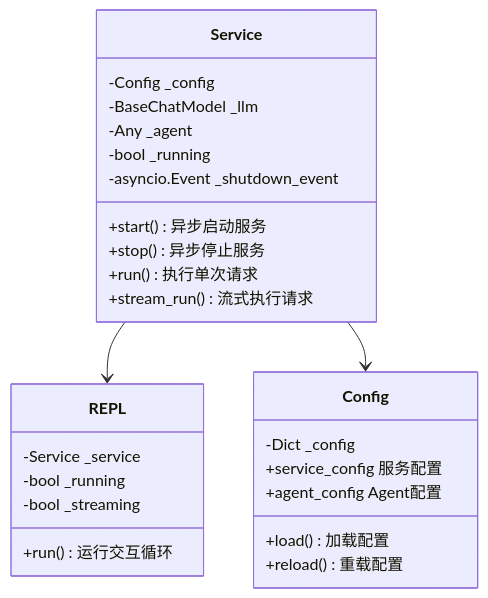
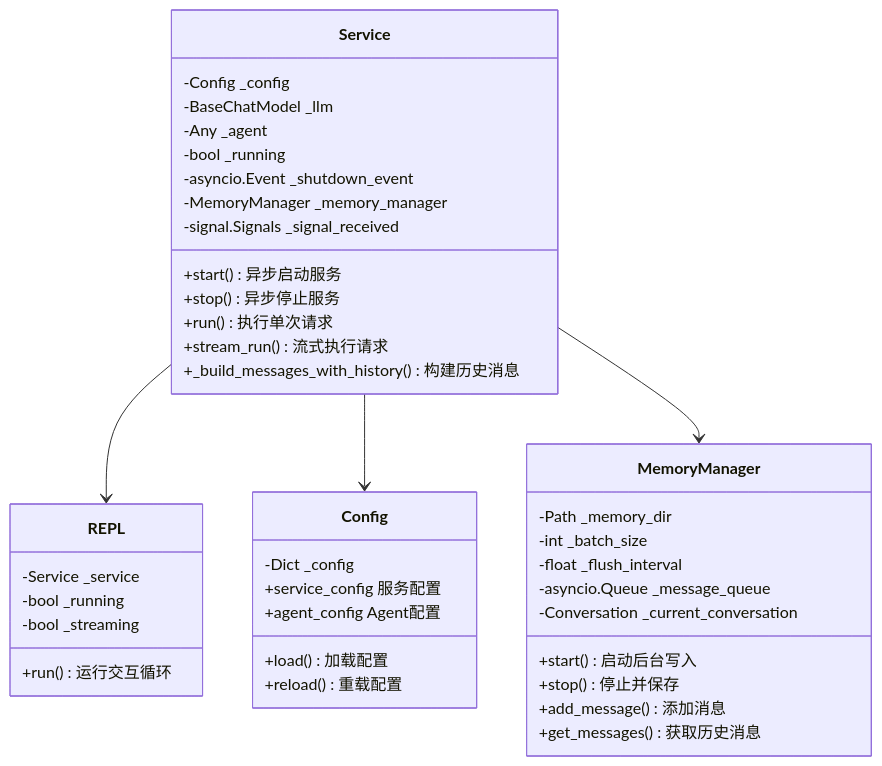
The second of 14 diagrams in docs/architecture.md (leizhuang1332/minerbot), drawn with Mermaid before and after one commit. The commit also changed other lines of this file and 4 other files, not shown here.

````diff
--- a/docs/architecture.md
+++ b/docs/architecture.md
@@ -115,32 +119,48 @@
 ```mermaid
 classDiagram
     class Service {
         -Config _config
         -BaseChatModel _llm
         -Any _agent
         -bool _running
         -asyncio.Event _shutdown_event
+        -MemoryManager _memory_manager
+        -signal.Signals _signal_received
         +start() 异步启动服务
         +stop() 异步停止服务
         +run() 执行单次请求
         +stream_run() 流式执行请求
+        +_build_messages_with_history() 构建历史消息
     }
 
     class REPL {
         -Service _service
         -bool _running
         -bool _streaming
         +run() 运行交互循环
     }
 
     class Config {
         -Dict _config
         +service_config 服务配置
         +agent_config Agent配置
         +load() 加载配置
         +reload() 重载配置
     }
 
+    class MemoryManager {
+        -Path _memory_dir
+        -int _batch_size
+        -float _flush_interval
+        -asyncio.Queue _message_queue
+        -Conversation _current_conversation
+        +start() 启动后台写入
+        +stop() 停止并保存
+        +add_message() 添加消息
+        +get_messages() 获取历史消息
+    }
+
     Service --> REPL
     Service --> Config
+    Service --> MemoryManager
 ```
````
